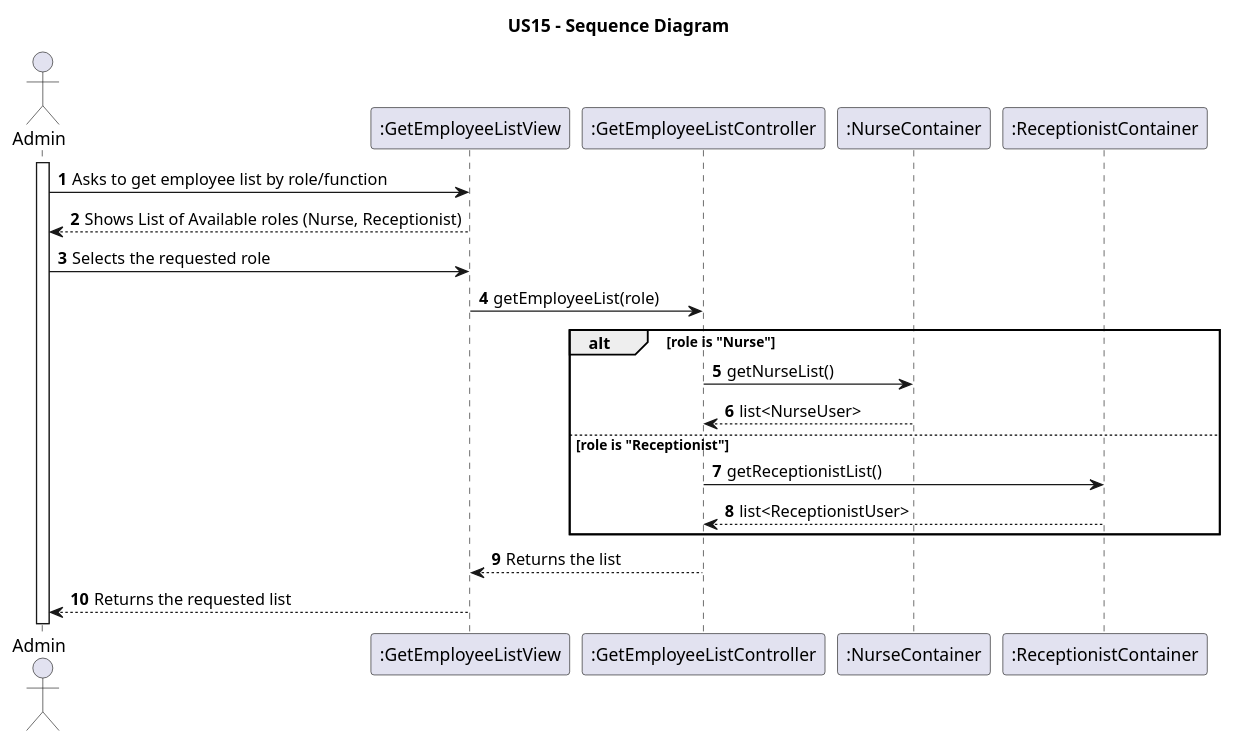
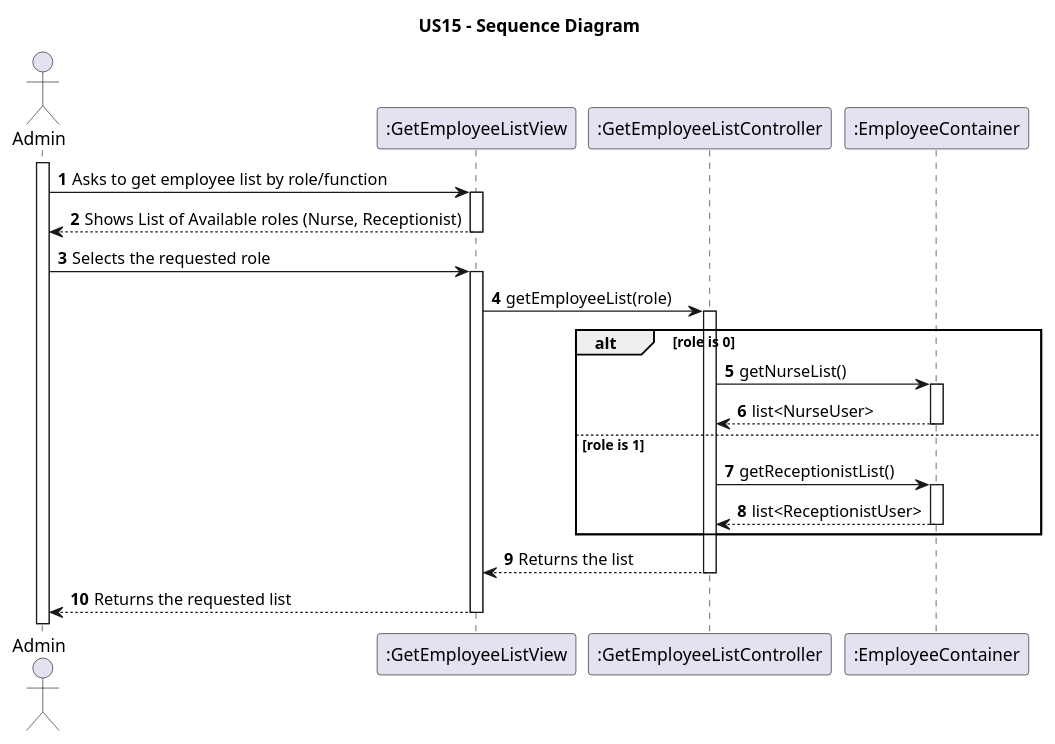
One commit to pedroguilherme-web/leti-esoft-25-26-A1 changed the diagram in docs/system-documentation/US15/puml/US15-SD.puml. Above: the diagram before and after it, drawn with PlantUML. The commit also changed 8 other files, not shown here.

Commit message:
- Refactor: Mudança de NurseContainer.h e NurseContainer.cpp e ReceptionistContainer.cpp e ReceptionistContainer.h para EmployeeContainer.cpp e EmployeeContainer.h - Mudanças no Markdown e no SD da US15

```diff
--- a/docs/system-documentation/US15/puml/US15-SD.puml
+++ b/docs/system-documentation/US15/puml/US15-SD.puml
@@ -1,29 +1,29 @@
 @startuml
 title US15 - Sequence Diagram
+
+autoactivate on
+autonumber
 
 actor "Admin" as Admin
 participant ":GetEmployeeListView" as View
 participant ":GetEmployeeListController" as Controller
-participant ":NurseContainer" as NurseRepo
-participant ":ReceptionistContainer" as RecRepo
-
-autonumber
+participant ":EmployeeContainer" as EmploRepo
 
 activate Admin
 Admin -> View: Asks to get employee list by role/function
 View --> Admin: Shows List of Available roles (Nurse, Receptionist)
 Admin -> View: Selects the requested role
 View -> Controller: getEmployeeList(role)
 
-alt role is "Nurse"
-    Controller -> NurseRepo: getNurseList()
-    NurseRepo --> Controller: list<NurseUser>
-else role is "Receptionist"
-    Controller -> RecRepo: getReceptionistList()
-    RecRepo --> Controller: list<ReceptionistUser>
+alt role is 0
+    Controller -> EmploRepo: getNurseList()
+    EmploRepo --> Controller: list<NurseUser>
+else role is 1
+    Controller -> EmploRepo: getReceptionistList()
+    EmploRepo --> Controller: list<ReceptionistUser>
 end
 
 Controller --> View: Returns the list
 View --> Admin: Returns the requested list
 
 @enduml
```
